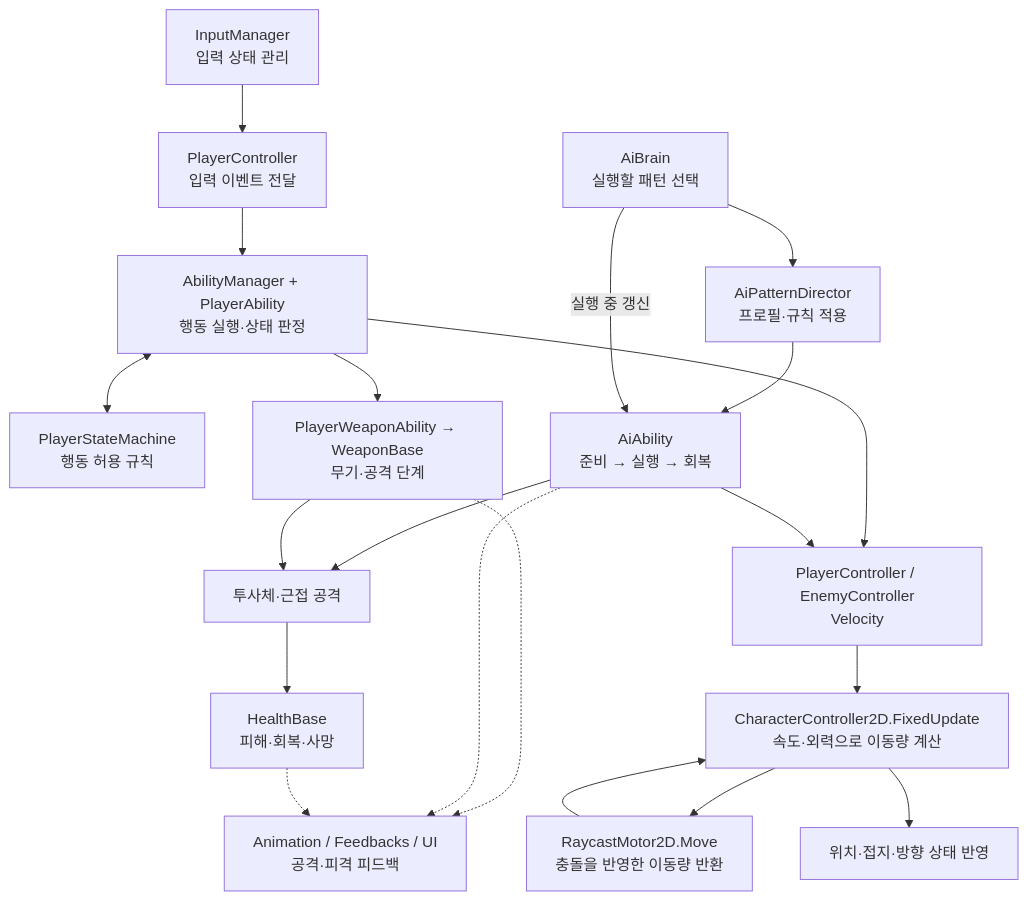
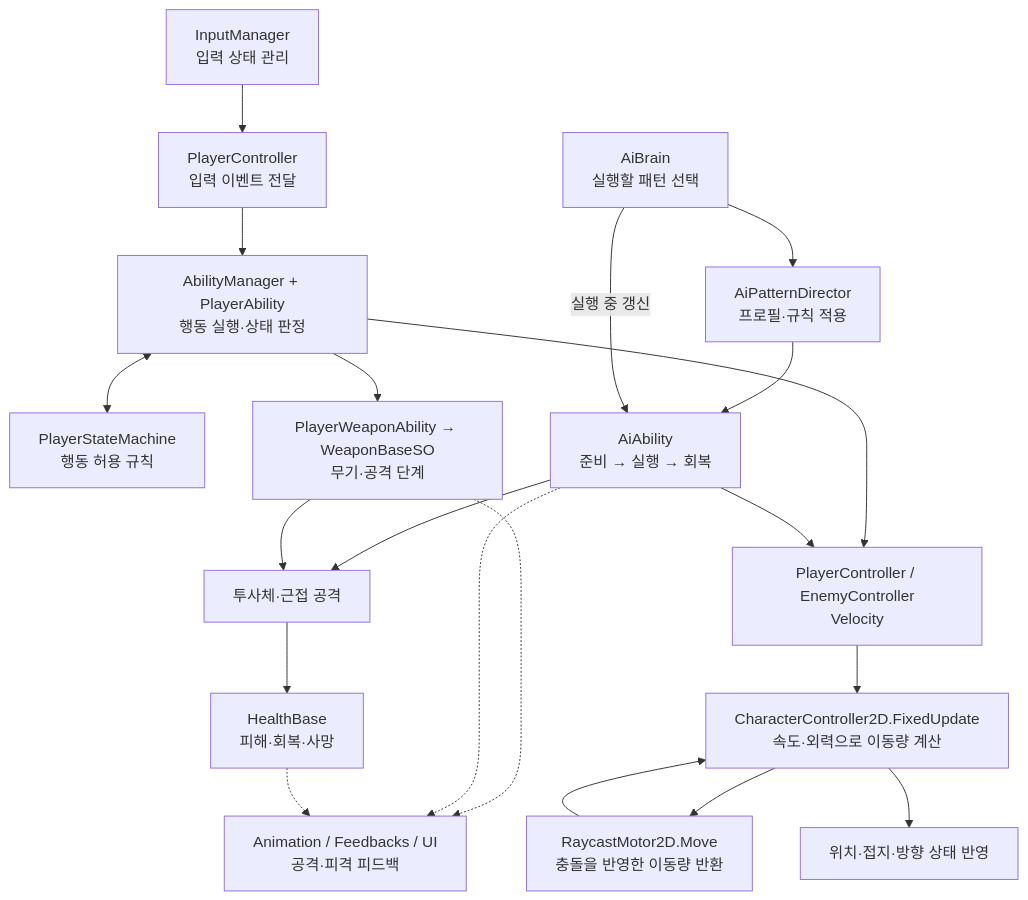
One commit to savant98/2d-combat-training-center-scripts changed the first of 2 diagrams in README.md. Above: the diagram before and after it, drawn with Mermaid. The commit also changed other lines of this file and 278 other files, not shown here.

````diff
--- a/README.md
+++ b/README.md
@@ -9,25 +9,25 @@
 ```mermaid
 flowchart TD
     Input["InputManager<br/>입력 상태 관리"] --> Player["PlayerController<br/>입력 이벤트 전달"]
     Player --> Abilities["AbilityManager + PlayerAbility<br/>행동 실행·상태 판정"]
     Abilities <--> State["PlayerStateMachine<br/>행동 허용 규칙"]
-    Abilities --> Weapon["PlayerWeaponAbility → WeaponBase<br/>무기·공격 단계"]
+    Abilities --> Weapon["PlayerWeaponAbility → WeaponBaseSO<br/>무기·공격 단계"]
     Abilities --> Velocity["PlayerController / EnemyController<br/>Velocity"]
 
     Brain["AiBrain<br/>실행할 패턴 선택"] --> Director["AiPatternDirector<br/>프로필·규칙 적용"]
     Director --> AI["AiAbility<br/>준비 → 실행 → 회복"]
     Brain -->|실행 중 갱신| AI
     AI --> Velocity
     AI --> Attack["투사체·근접 공격"]
     Weapon --> Attack
     Attack --> Health["HealthBase<br/>피해·회복·사망"]
 
     Velocity --> Controller["CharacterController2D.FixedUpdate<br/>속도·외력으로 이동량 계산"]
     Controller --> Motor["RaycastMotor2D.Move<br/>충돌을 반영한 이동량 반환"]
     Motor --> Controller
     Controller --> Position["위치·접지·방향 상태 반영"]
 
     Weapon -.-> Feedback["Animation / Feedbacks / UI<br/>공격·피격 피드백"]
     AI -.-> Feedback
     Health -.-> Feedback
 ```
````
